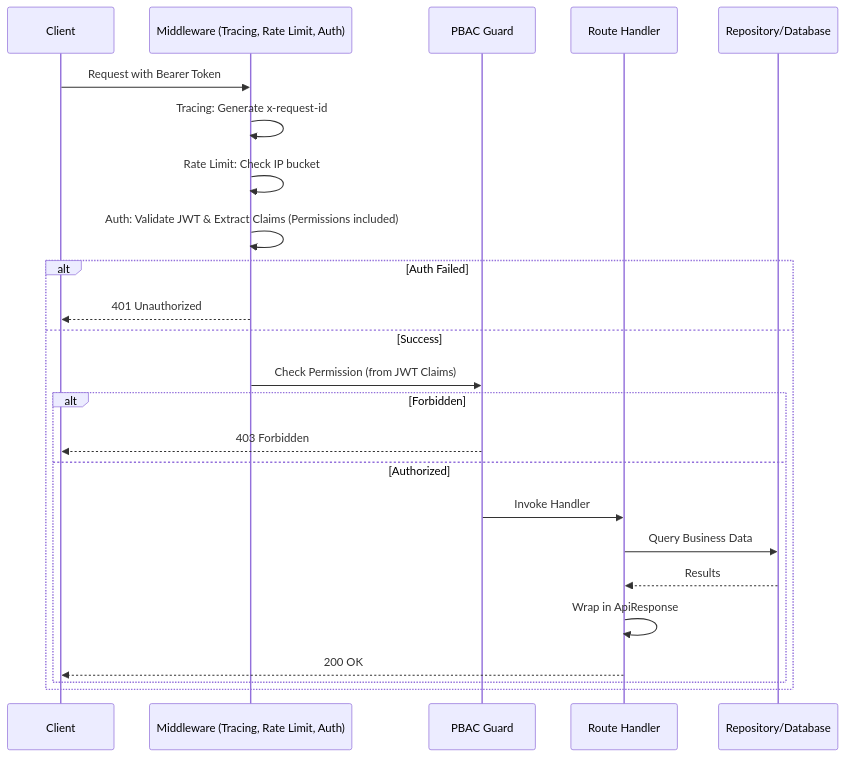
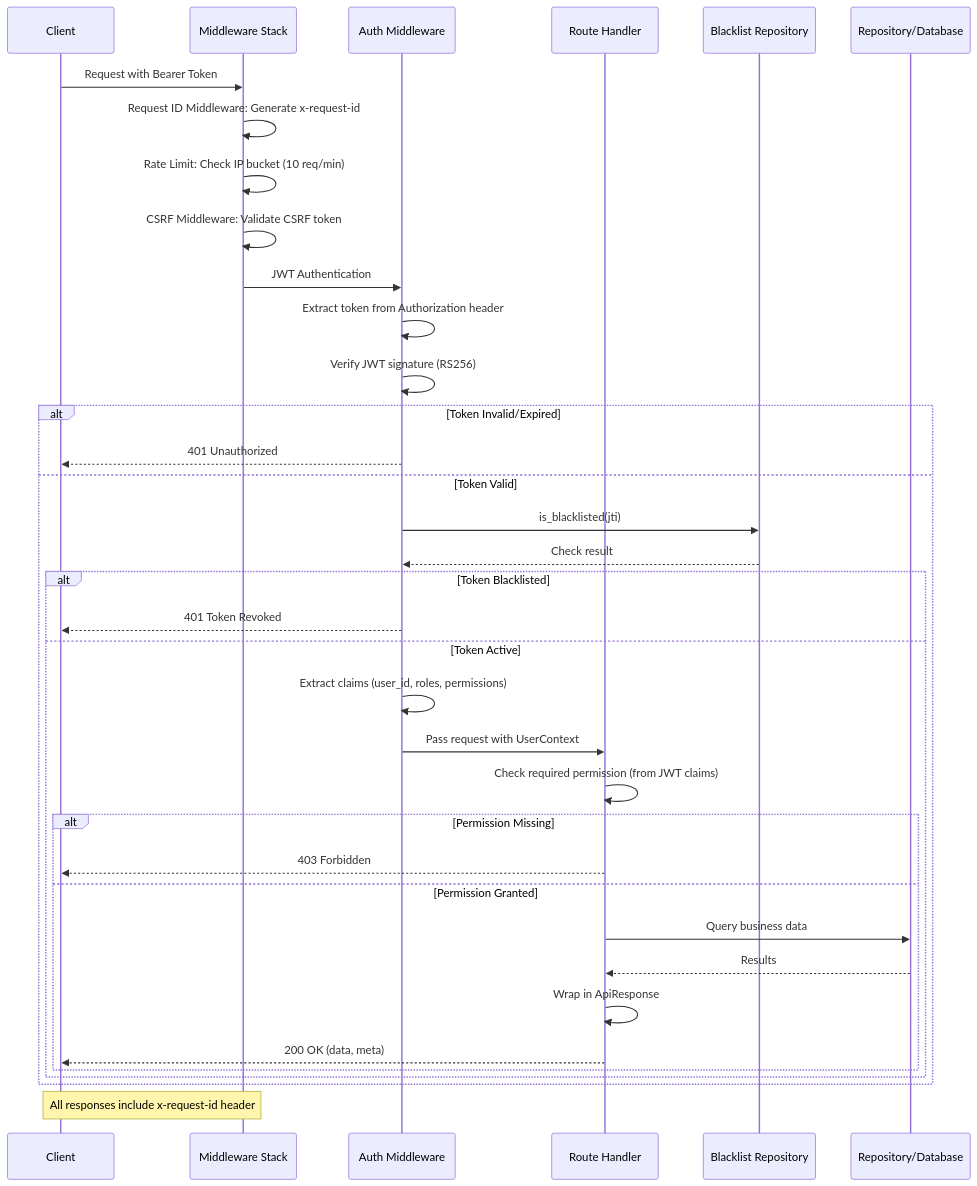
The sixth of 10 diagrams in docs/DIAGRAMS.md (shirafzx/kafkey-api), drawn with Mermaid before and after one commit. The commit also changed other lines of this file and 1 other file, not shown here.

````diff
--- a/docs/DIAGRAMS.md
+++ b/docs/DIAGRAMS.md
@@ -37,28 +381,45 @@
 ```mermaid
 sequenceDiagram
     participant Client
-    participant MW as Middleware (Tracing, Rate Limit, Auth)
-    participant Guard as PBAC Guard
+    participant MW as Middleware Stack
+    participant AuthMW as Auth Middleware
     participant Handler as Route Handler
+    participant Blacklist as Blacklist Repository
     participant DB as Repository/Database
 
     Client->>MW: Request with Bearer Token
-    MW->>MW: Tracing: Generate x-request-id
-    MW->>MW: Rate Limit: Check IP bucket
-    MW->>MW: Auth: Validate JWT & Extract Claims (Permissions included)
+    MW->>MW: Request ID Middleware: Generate x-request-id
+    MW->>MW: Rate Limit: Check IP bucket (10 req/min)
+    MW->>MW: CSRF Middleware: Validate CSRF token
 
-    alt Auth Failed
-        MW-->>Client: 401 Unauthorized
-    else Success
-        MW->>Guard: Check Permission (from JWT Claims)
-        alt Forbidden
-            Guard-->>Client: 403 Forbidden
-        else Authorized
-            Guard->>Handler: Invoke Handler
-            Handler->>DB: Query Business Data
-            DB-->>Handler: Results
-            Handler->>Handler: Wrap in ApiResponse
-            Handler-->>Client: 200 OK
+    MW->>AuthMW: JWT Authentication
+    AuthMW->>AuthMW: Extract token from Authorization header
+    AuthMW->>AuthMW: Verify JWT signature (RS256)
+
+    alt Token Invalid/Expired
+        AuthMW-->>Client: 401 Unauthorized
+    else Token Valid
+        AuthMW->>Blacklist: is_blacklisted(jti)
+        Blacklist-->>AuthMW: Check result
+
+        alt Token Blacklisted
+            AuthMW-->>Client: 401 Token Revoked
+        else Token Active
+            AuthMW->>AuthMW: Extract claims (user_id, roles, permissions)
+            AuthMW->>Handler: Pass request with UserContext
+
+            Handler->>Handler: Check required permission (from JWT claims)
+
+            alt Permission Missing
+                Handler-->>Client: 403 Forbidden
+            else Permission Granted
+                Handler->>DB: Query business data
+                DB-->>Handler: Results
+                Handler->>Handler: Wrap in ApiResponse
+                Handler-->>Client: 200 OK (data, meta)
+            end
         end
     end
+
+    Note over MW,Client: All responses include x-request-id header
 ```
````
